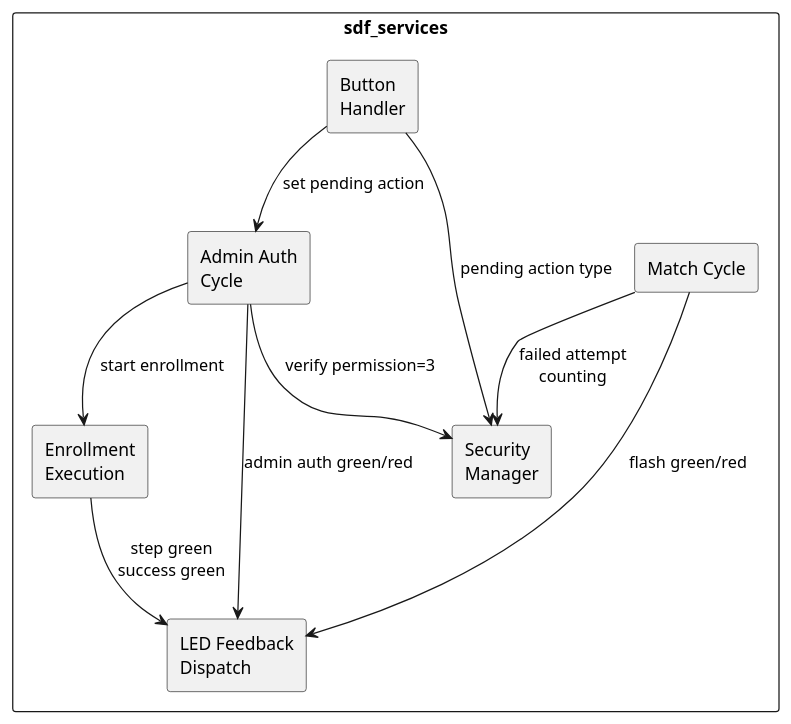
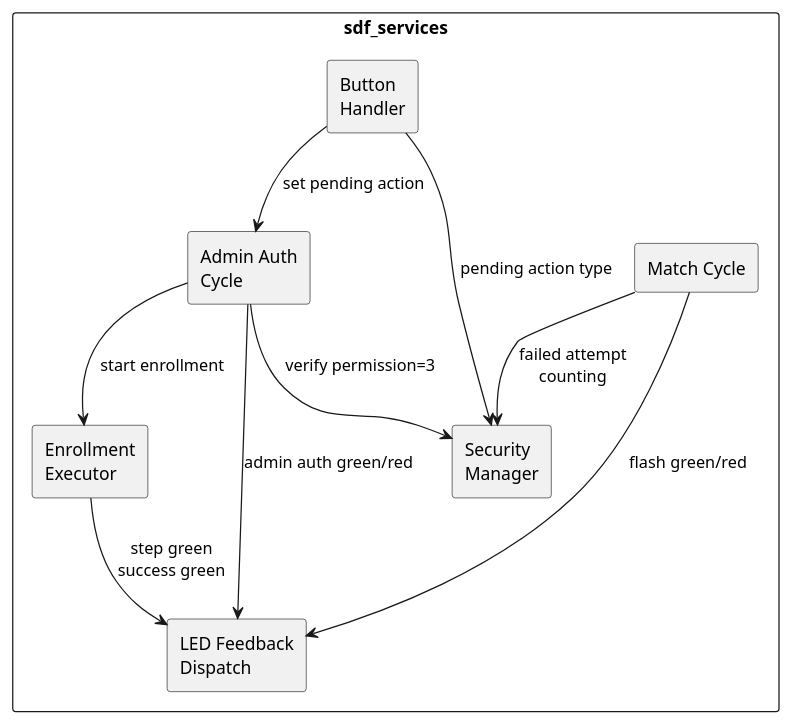
One commit to thor-ro/finger_print changed the fourth of 13 diagrams in doc/sdf_sas.md. Above: the diagram before and after it, drawn with PlantUML. The commit also changed other lines of this file and 42 other files, not shown here.

````diff
--- a/doc/sdf_sas.md
+++ b/doc/sdf_sas.md
@@ -216,21 +225,21 @@
 ```plantuml
 @startuml
 rectangle "sdf_services" {
   rectangle "Match Cycle" as match
-  rectangle "Enrollment\nExecution" as enroll_exec
+  rectangle "Enrollment\nExecutor" as enroll_exec
   rectangle "Admin Auth\nCycle" as admin_auth
   rectangle "Security\nManager" as sec
   rectangle "LED Feedback\nDispatch" as led_fb
   rectangle "Button\nHandler" as btn
 
   match --> sec : failed attempt\ncounting
   match --> led_fb : flash green/red
   admin_auth --> sec : verify permission=3
   admin_auth --> enroll_exec : start enrollment
   admin_auth --> led_fb : admin auth green/red
   enroll_exec --> led_fb : step green\nsuccess green
   btn --> admin_auth : set pending action
   btn --> sec : pending action type
 }
 @enduml
 ```
````
